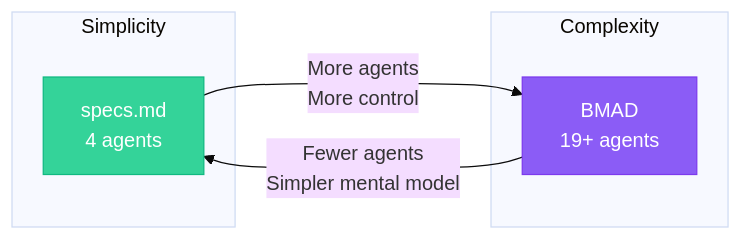
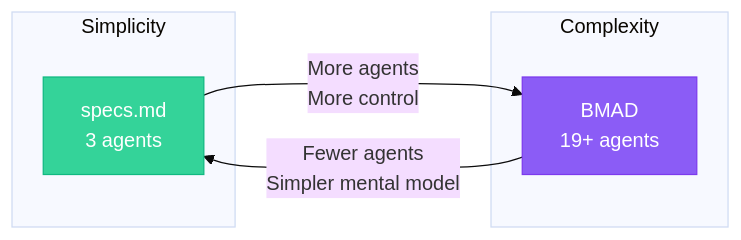
Before and after one commit to KiNgReX90/specsmd_turbo: the diagram in docs.specs.md/compare/vs-bmad.mdx, drawn with Mermaid (base theme). The commit also changed other lines of this file and 3 other files, not shown here.

````diff
--- a/docs.specs.md/compare/vs-bmad.mdx
+++ b/docs.specs.md/compare/vs-bmad.mdx
@@ -112,15 +112,15 @@
 ```mermaid
 graph LR
     subgraph Simplicity
-        SM[specs.md<br/>4 agents]
+        SM[specs.md<br/>3 agents]
     end
     subgraph Complexity
         BM[BMAD<br/>19+ agents]
     end
 
     SM --> |"More agents<br/>More control"| BM
     BM --> |"Fewer agents<br/>Simpler mental model"| SM
 
     style SM fill:#34D399,stroke:#10B981,color:#fff
     style BM fill:#8B5CF6,stroke:#7C3AED,color:#fff
 ```
````
